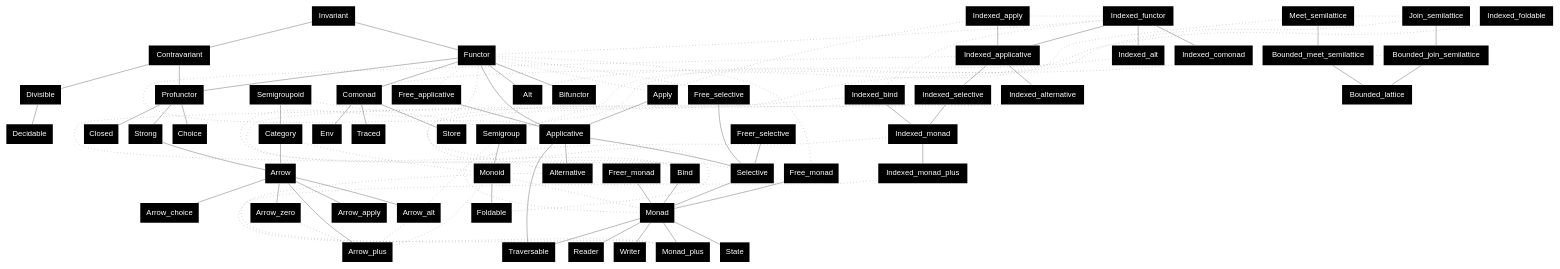
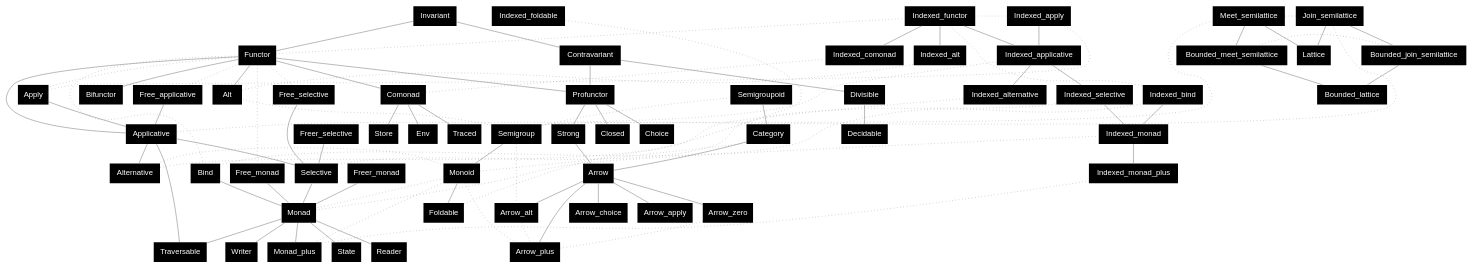
One commit to xvw/preface changed the diagram in .github/dot/specs.dot. Above: the diagram before and after it, drawn with Graphviz. The commit also changed 12 other files, not shown here.

```diff
--- a/.github/dot/specs.dot
+++ b/.github/dot/specs.dot
@@ -1,105 +1,107 @@
 graph {
         node [shape=plaintext; fontname = "Helvetica"; style=filled; fillcolor=black; fontcolor=white];
         edge [color = gray];
 
         Invariant;
         Invariant -- Functor;
         Invariant -- Contravariant;
         Contravariant;
         Divisible;
         Decidable;
         Functor -- Applicative -- Selective -- Monad;
         Functor -- Apply [style=dotted; arrowhead=none; constraint=false];
         Apply -- Applicative;
         Bind -- Monad;
         Functor -- Bind [style=dotted; arrowhead=none; constraint=false];
         Applicative -- Alternative;
         Monad -- Monad_plus;
         Functor -- Alt;
         Functor -- Comonad;
 
         Functor -- Indexed_functor [style=dotted; arrowhead=none; constraint=false];
         Alt -- Indexed_alt [style=dotted; arrowhead=none; constraint=false];
         Apply -- Indexed_apply [style=dotted; arrowhead=none; constraint=false];
         Applicative -- Indexed_applicative [style=dotted; arrowhead=none; constraint=false];
         Alternative -- Indexed_alternative [style=dotted; arrowhead=none; constraint=false];
         Selective -- Indexed_selective [style=dotted; arrowhead=none; constraint=false];
         Bind -- Indexed_bind [style=dotted; arrowhead=none; constraint=false];
         Monad -- Indexed_monad [style=dotted; arrowhead=none; constraint=false];
         Monad_plus -- Indexed_monad_plus [style=dotted; arrowhead=none; constraint=false];
         Comonad -- Indexed_comonad [style=dotted; arrowhead=none; constraint=false];
         Foldable -- Indexed_foldable [style=dotted; arrowhead=none; constraint=false];
 
         Indexed_functor -- Indexed_applicative -- Indexed_selective -- Indexed_monad;
         Indexed_functor -- Indexed_apply [style=dotted; arrowhead=none; constraint=false];
         Indexed_apply -- Indexed_applicative;
         Indexed_bind -- Indexed_monad;
         Indexed_functor -- Indexed_bind [style=dotted; arrowhead=none; constraint=false];
         Indexed_applicative -- Indexed_alternative;
         Indexed_monad -- Indexed_monad_plus;
         Indexed_functor -- Indexed_alt;
         Indexed_functor -- Indexed_comonad;
         
         Semigroup -- Monoid;
         Monoid -- Alternative [style=dotted; arrowhead=none; constraint=false];
         Monoid -- Monad_plus [style=dotted; arrowhead=none; constraint=false];
         Semigroup -- Alt [style=dotted; arrowhead=none; constraint=false];
         Monoid -- Monad [style=dotted; arrowhead=none];
         Monoid -- Foldable;
 
         Functor -- Free_selective [style=dotted; arrowhead=none];
         Functor -- Free_applicative [style=dotted; arrowhead=none];
         Functor -- Free_monad [style=dotted; arrowhead=none];
         
         Free_selective -- Selective;
         Freer_selective -- Selective;
         Free_applicative -- Applicative;
         Free_monad -- Monad;
         Freer_monad -- Monad;
 
         Profunctor;
         Bifunctor;
 
         Contravariant -- Divisible -- Decidable;
         Contravariant -- Profunctor;
         Functor -- Profunctor;
         Functor -- Bifunctor;
 
         Monad -- State;
         Monad -- Reader;
         Monad -- Writer;
 
         Comonad -- Store;
         Comonad -- Env;
         Comonad -- Traced;
 
         Applicative -- Traversable;
         Monad -- Traversable;
 
         Semigroup -- Semigroupoid [style=dotted; arrowhead=none; constraint=false];
         Monoid -- Category [style=dotted; arrowhead=none; constraint=false];
         Semigroupoid -- Category
         Category -- Arrow;
         Profunctor -- Strong;
         Profunctor -- Choice;
         Profunctor -- Closed;
         Strong -- Arrow;
         Arrow -- Arrow_zero;
         Arrow -- Arrow_alt;
         Arrow -- Arrow_plus;
         Arrow -- Arrow_choice;
         Arrow -- Arrow_apply;
         Arrow_zero -- Arrow_plus [style=dotted; arrowhead=none];
         Arrow_alt -- Arrow_plus [style=dotted; arrowhead=none];
         Monoid -- Arrow_plus [style=dotted; arrowhead=none];
         Semigroup -- Arrow_alt [style=dotted; arrowhead=none];
 
         Meet_semilattice -- Semigroup [style=dotted; arrowhead=none; constraint=false];
         Meet_semilattice -- Bounded_meet_semilattice;
         Join_semilattice -- Semigroup [style=dotted; arrowhead=none; constraint=false];
         Join_semilattice -- Bounded_join_semilattice;
         Join_semilattice -- Meet_semilattice [style=dotted; arrowhead=none; constraint=false];
         Bounded_join_semilattice -- Bounded_meet_semilattice [style=dotted; arrowhead=none; constraint=false];
         Bounded_join_semilattice -- Bounded_lattice
         Bounded_meet_semilattice -- Bounded_lattice
+        Join_semilattice -- Lattice
+        Meet_semilattice -- Lattice
 }
```
